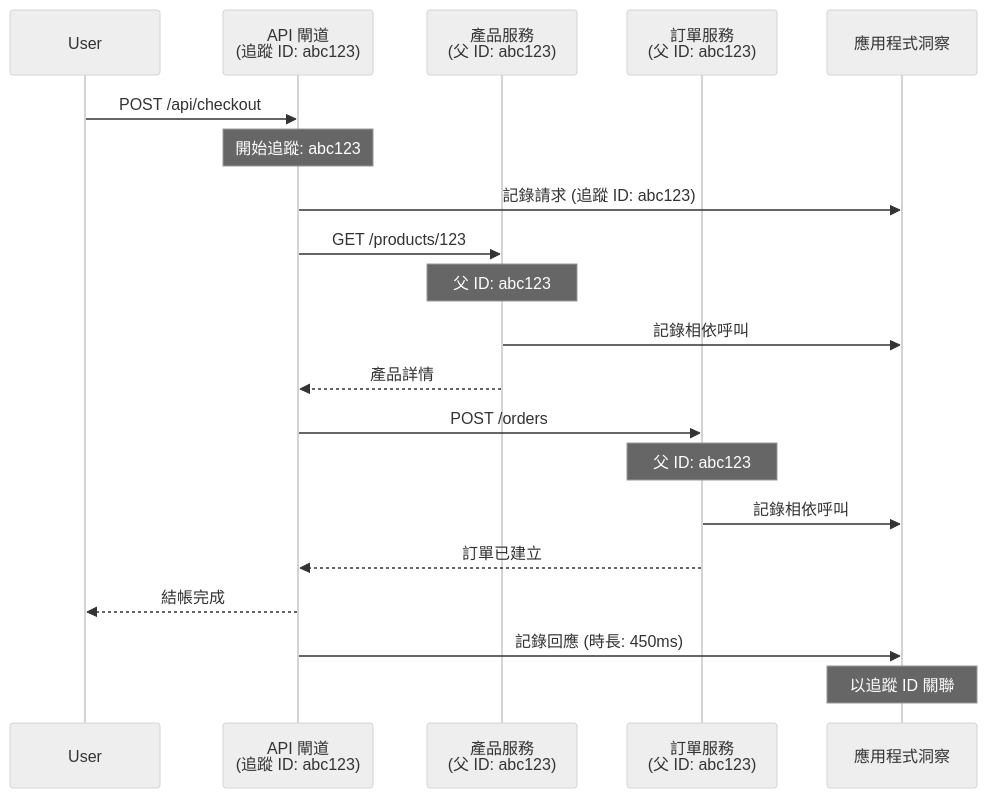
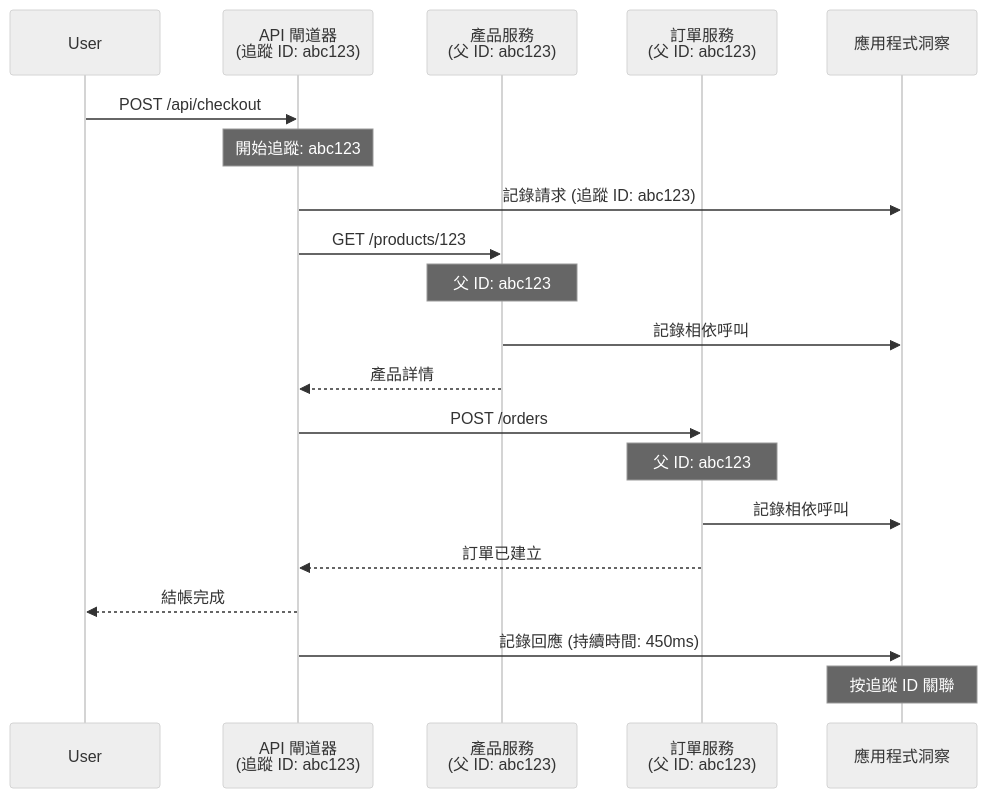
Before and after one commit to microsoft/AZD-for-beginners: the second of 2 diagrams in translations/zh-HK/docs/chapter-06-pre-deployment/application-insights.md, drawn with Mermaid (neutral theme). The commit also changed other lines of this file and 101 other files, not shown here.

````diff
--- a/translations/zh-HK/docs/chapter-06-pre-deployment/application-insights.md
+++ b/translations/zh-HK/docs/chapter-06-pre-deployment/application-insights.md
@@ -744,27 +744,27 @@
 ```mermaid
 sequenceDiagram
     participant User
-    participant Gateway as API 閘道<br/>(追蹤 ID: abc123)
+    participant Gateway as API 閘道器<br/>(追蹤 ID: abc123)
     participant Product as 產品服務<br/>(父 ID: abc123)
     participant Order as 訂單服務<br/>(父 ID: abc123)
     participant AppInsights as 應用程式洞察
     
     User->>Gateway: POST /api/checkout
     Note over Gateway: 開始追蹤: abc123
     Gateway->>AppInsights: 記錄請求 (追蹤 ID: abc123)
     
     Gateway->>Product: GET /products/123
     Note over Product: 父 ID: abc123
     Product->>AppInsights: 記錄相依呼叫
     Product-->>Gateway: 產品詳情
     
     Gateway->>Order: POST /orders
     Note over Order: 父 ID: abc123
     Order->>AppInsights: 記錄相依呼叫
     Order-->>Gateway: 訂單已建立
     
     Gateway-->>User: 結帳完成
-    Gateway->>AppInsights: 記錄回應 (時長: 450ms)
+    Gateway->>AppInsights: 記錄回應 (持續時間: 450ms)
     
-    Note over AppInsights: 以追蹤 ID 關聯
+    Note over AppInsights: 按追蹤 ID 關聯
 ```
````
